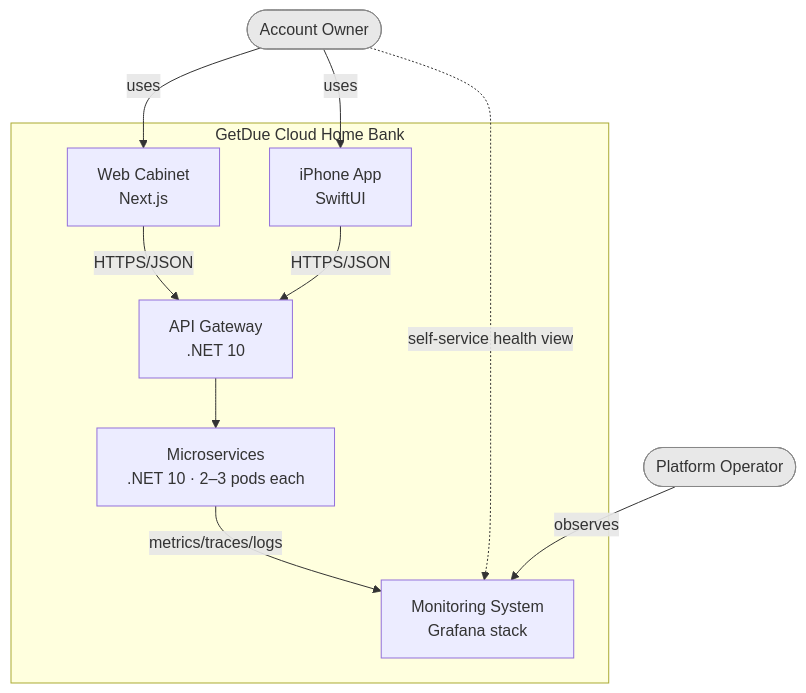
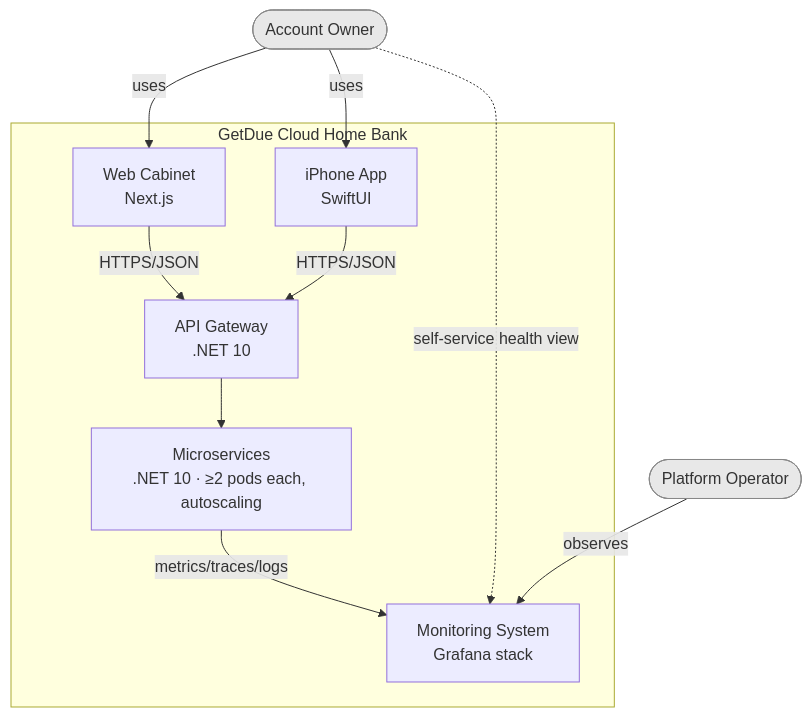
One commit to getdue-dev/getdue-docs changed the first of 4 diagrams in phase-0/01-architecture.md. Above: the diagram before and after it, drawn with Mermaid. The commit also changed other lines of this file and 17 other files, not shown here.

````diff
--- a/phase-0/01-architecture.md
+++ b/phase-0/01-architecture.md
@@ -23,25 +23,25 @@
 ```mermaid
 graph TB
     User([Account Owner])
     Operator([Platform Operator])
 
     subgraph GetDue["GetDue Cloud Home Bank"]
         GW[API Gateway\n.NET 10]
-        Svcs[Microservices\n.NET 10 · 2–3 pods each]
+        Svcs[Microservices\n.NET 10 · ≥2 pods each, autoscaling]
         Web[Web Cabinet\nNext.js]
         Mobile[iPhone App\nSwiftUI]
         Mon[Monitoring System\nGrafana stack]
     end
 
     User -->|uses| Web
     User -->|uses| Mobile
     Web -->|HTTPS/JSON| GW
     Mobile -->|HTTPS/JSON| GW
     GW --> Svcs
     Svcs -->|metrics/traces/logs| Mon
     Operator -->|observes| Mon
     User -.->|self-service health view| Mon
 
     classDef ext fill:#e8e8e8,stroke:#888;
     class User,Operator ext;
 ```
````
